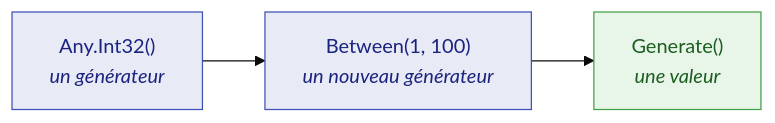
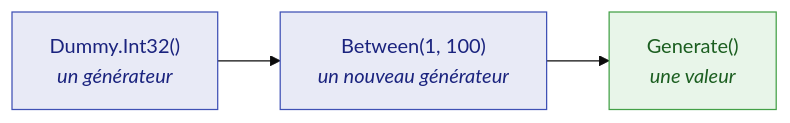
The diagram in doc/handwritten/for-users/guides/getting-started.fr.md (Reefact/just-dummies), drawn with Mermaid (base theme) before and after one commit. The commit also changed other lines of this file and 755 other files, not shown here.

````diff
--- a/doc/handwritten/for-users/guides/getting-started.fr.md
+++ b/doc/handwritten/for-users/guides/getting-started.fr.md
@@ -65,10 +65,10 @@
 ```mermaid
 flowchart LR
     accTitle: Du générateur à la valeur tirée
-    accDescr: Any.Int32() donne un générateur, Between(1, 100) donne un nouveau générateur, et Generate() donne une valeur.
-    A["Any.Int32()<br/><i>un générateur</i>"] --> B["Between(1, 100)<br/><i>un nouveau générateur</i>"]
+    accDescr: Dummy.Int32() donne un générateur, Between(1, 100) donne un nouveau générateur, et Generate() donne une valeur.
+    A["Dummy.Int32()<br/><i>un générateur</i>"] --> B["Between(1, 100)<br/><i>un nouveau générateur</i>"]
     B --> C["Generate()<br/><i>une valeur</i>"]
     style A fill:#e8eaf6,stroke:#3f51b5,color:#1a237e
     style B fill:#e8eaf6,stroke:#3f51b5,color:#1a237e
     style C fill:#e8f5e9,stroke:#43a047,color:#1b5e20
 ```
````
